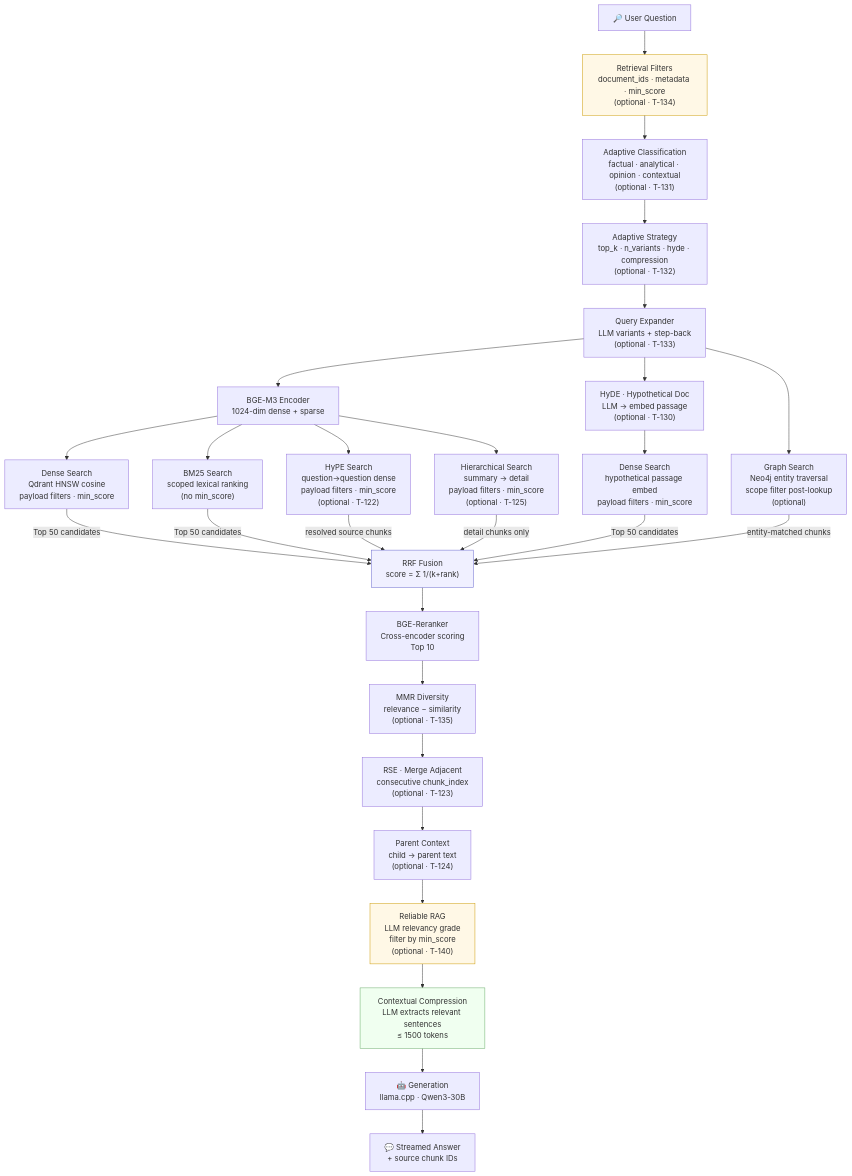
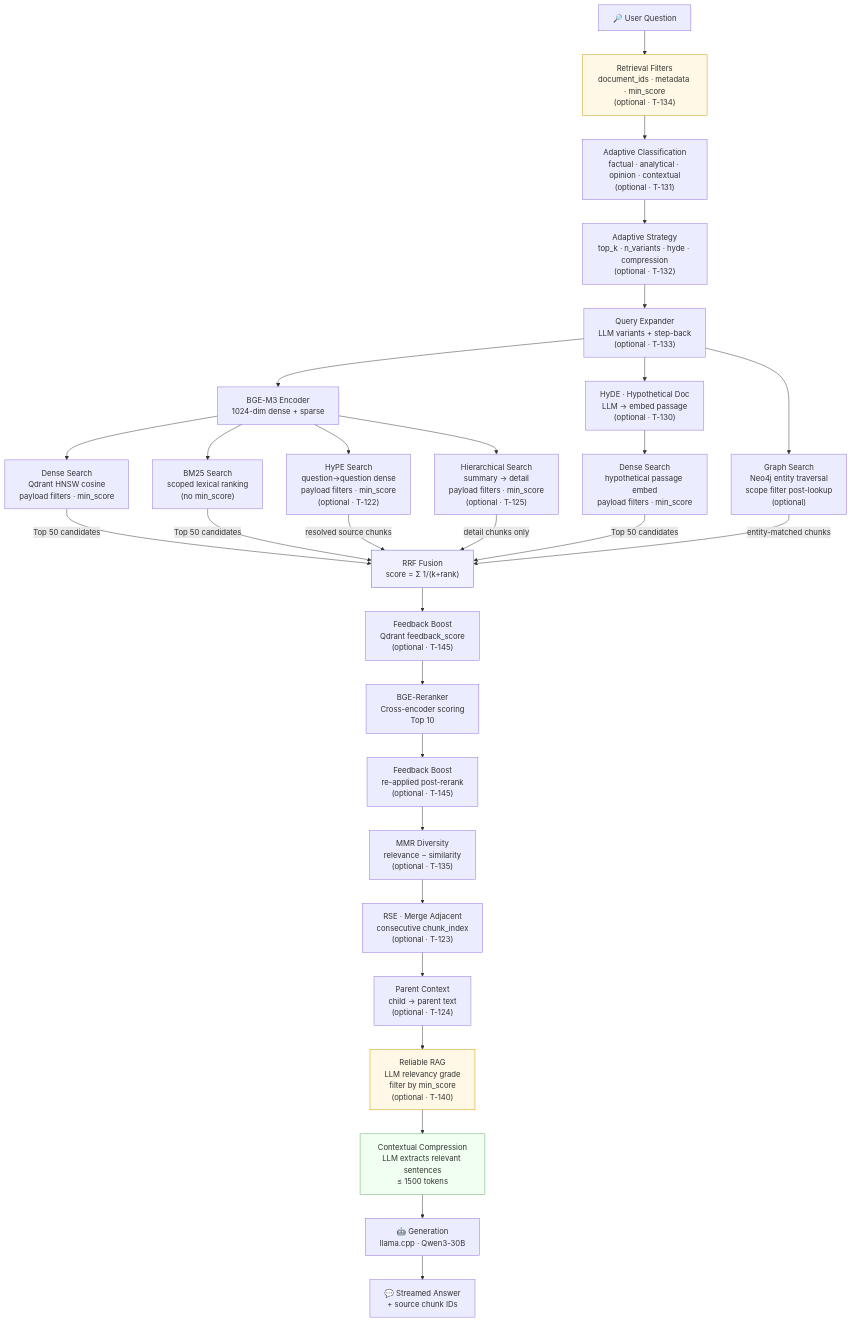
The eighth of 13 diagrams in README.md (ealbertoav/rag_platform), drawn with Mermaid before and after one commit. The commit also changed other lines of this file and 1 other file, not shown here.

First line of the commit message:
Document retrieval feedback loop (T-145) and API contract

````diff
--- a/README.md
+++ b/README.md
@@ -1521,37 +1557,39 @@
 ```mermaid
 flowchart TD
     Q["🔎 User Question"] --> FILT["Retrieval Filters<br/>document_ids · metadata · min_score<br/>(optional · T-134)"]
     FILT --> ADAPT["Adaptive Classification<br/>factual · analytical · opinion · contextual<br/>(optional · T-131)"]
     ADAPT --> STRAT["Adaptive Strategy<br/>top_k · n_variants · hyde · compression<br/>(optional · T-132)"]
     STRAT --> QE["Query Expander<br/>LLM variants + step-back<br/>(optional · T-133)"]
     QE --> EMB["BGE-M3 Encoder<br/>1024-dim dense + sparse"]
     QE --> HYDE["HyDE · Hypothetical Doc<br/>LLM → embed passage<br/>(optional · T-130)"]
 
     EMB --> DS["Dense Search<br/>Qdrant HNSW cosine<br/>payload filters · min_score"]
     HYDE --> DS2["Dense Search<br/>hypothetical passage embed<br/>payload filters · min_score"]
     EMB --> BS["BM25 Search<br/>scoped lexical ranking<br/>(no min_score)"]
     EMB --> HS["HyPE Search<br/>question→question dense<br/>payload filters · min_score<br/>(optional · T-122)"]
     EMB --> HRS["Hierarchical Search<br/>summary → detail<br/>payload filters · min_score<br/>(optional · T-125)"]
     QE --> GS["Graph Search<br/>Neo4j entity traversal<br/>scope filter post-lookup<br/>(optional)"]
 
     DS -->|Top 50 candidates| RRF["RRF Fusion<br/>score = Σ 1/(k+rank)"]
     DS2 -->|Top 50 candidates| RRF
     BS -->|Top 50 candidates| RRF
     HS -->|resolved source chunks| RRF
     HRS -->|detail chunks only| RRF
     GS -->|entity-matched chunks| RRF
 
-    RRF --> RR["BGE-Reranker<br/>Cross-encoder scoring<br/>Top 10"]
-    RR --> MMR["MMR Diversity<br/>relevance − similarity<br/>(optional · T-135)"]
+    RRF --> FB["Feedback Boost<br/>Qdrant feedback_score<br/>(optional · T-145)"]
+    FB --> RR["BGE-Reranker<br/>Cross-encoder scoring<br/>Top 10"]
+    RR --> FB2["Feedback Boost<br/>re-applied post-rerank<br/>(optional · T-145)"]
+    FB2 --> MMR["MMR Diversity<br/>relevance − similarity<br/>(optional · T-135)"]
     MMR --> RSE["RSE · Merge Adjacent<br/>consecutive chunk_index<br/>(optional · T-123)"]
     RSE --> PC["Parent Context<br/>child → parent text<br/>(optional · T-124)"]
     PC --> RRAG["Reliable RAG<br/>LLM relevancy grade<br/>filter by min_score<br/>(optional · T-140)"]
     RRAG --> CTX["Contextual Compression<br/>LLM extracts relevant sentences<br/>≤ 1500 tokens"]
     CTX --> GEN["🤖 Generation<br/>llama.cpp · Qwen3-30B"]
     GEN --> ANS["💬 Streamed Answer<br/>+ source chunk IDs"]
 
     style FILT fill:#fff8e6,stroke:#cc9900
     style RRAG fill:#fff8e6,stroke:#cc9900
     style RRF fill:#f0f0ff,stroke:#6666cc
     style CTX fill:#f0fff0,stroke:#66aa66
 ```
````
